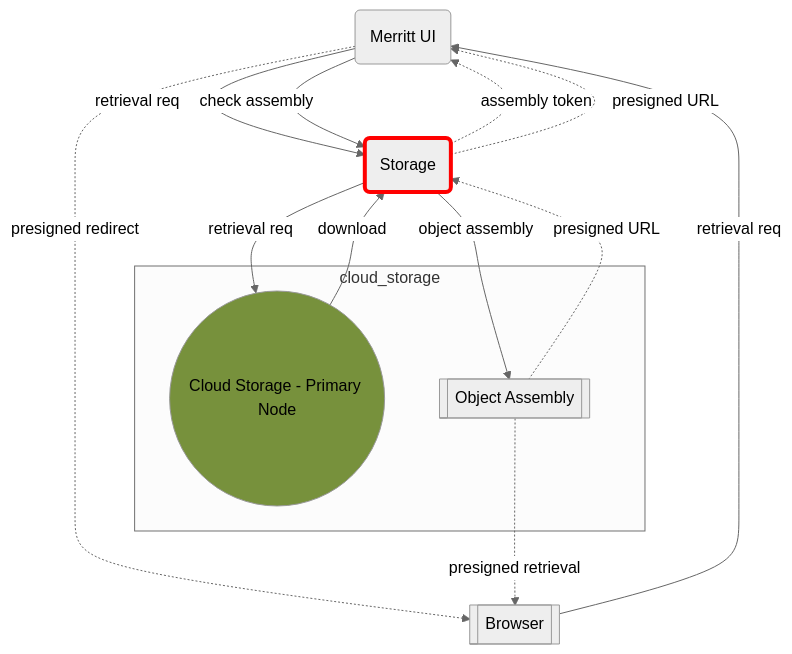
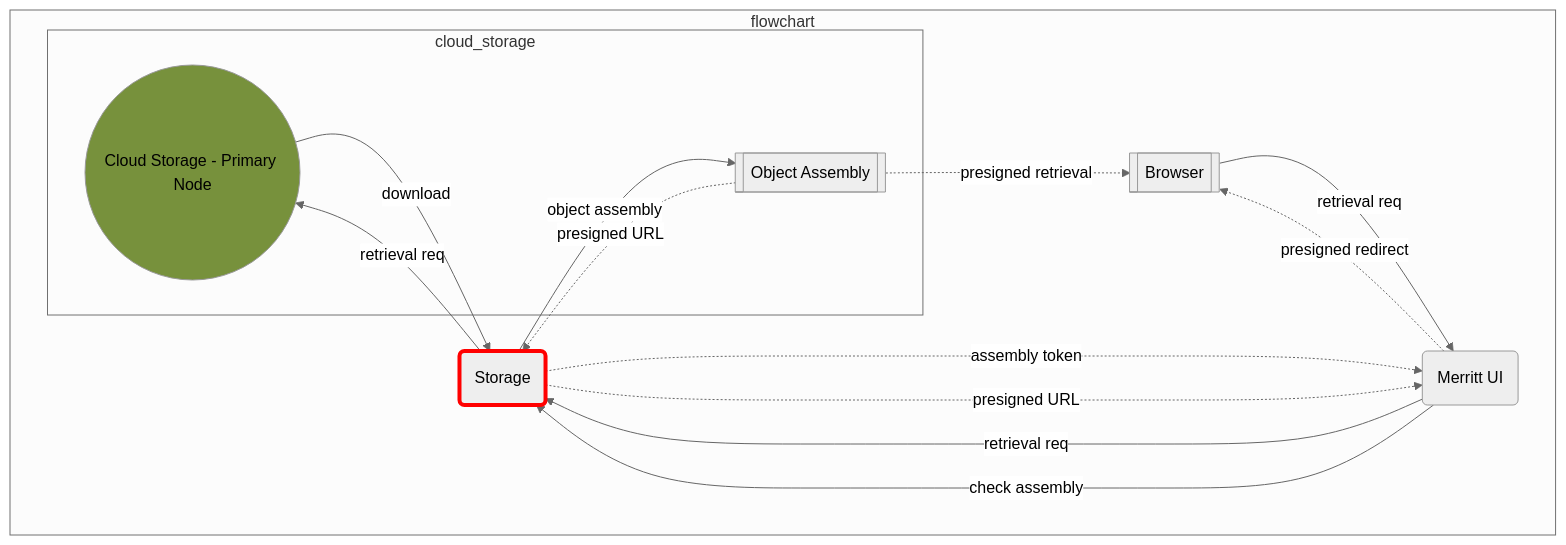
Before and after one commit to CDLUC3/mrt-doc: the diagram in diagrams/store-obj.mmd, drawn with Mermaid. The commit also changed 34 other files, not shown here.

```diff
--- a/diagrams/store-obj.mmd
+++ b/diagrams/store-obj.mmd
@@ -1,24 +1,27 @@
 %%{init: {'theme': 'neutral'}}%%
 graph TD
   UI("Merritt UI")
   ST(Storage)
   BROWSER[[Browser]]
-  subgraph cloud_storage
-    CLOUD(("Cloud Storage - Primary Node"))
-    ASSM[[Object Assembly]]
+
+  subgraph flowchart
+ 
+    subgraph cloud_storage
+      CLOUD(("Cloud Storage - Primary Node"))
+      ASSM[[Object Assembly]]
+    end
+
+    BROWSER --> |retrieval req| UI
+    UI -.-> |presigned redirect| BROWSER
+    UI --> |retrieval req| ST
+    UI --> |check assembly| ST
+    ST --> |retrieval req| CLOUD
+    ST --> |object assembly| ASSM
+    CLOUD --> |download| ST
+    ASSM -.-> |presigned URL| ST
+    ST -.-> |assembly token| UI
+    ST -.-> |presigned URL| UI
+    ASSM -.-> |presigned retrieval| BROWSER
   end
-
-  BROWSER --> |retrieval req| UI
-  UI -.-> |presigned redirect| BROWSER
-  UI --> |retrieval req| ST
-  UI --> |check assembly| ST
-  ST --> |retrieval req| CLOUD
-  ST --> |object assembly| ASSM
-  CLOUD --> |download| ST
-  ASSM -.-> |presigned URL| ST
-  ST -.-> |assembly token| UI
-  ST -.-> |presigned URL| UI
-  ASSM -.-> |presigned retrieval| BROWSER
-
   style CLOUD fill:#77913C
   style ST stroke:red,stroke-width:4px
```
